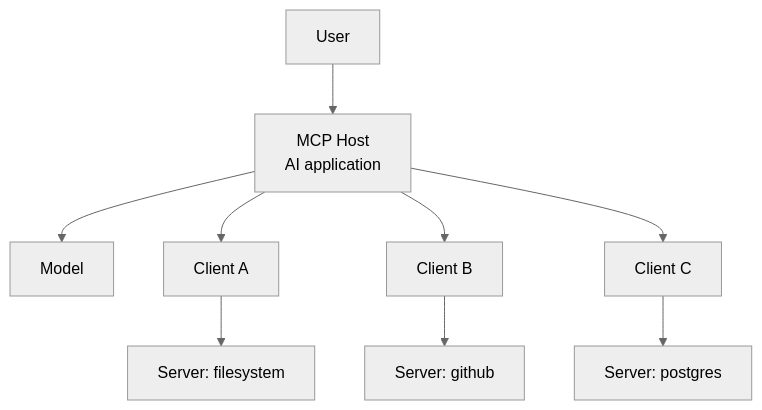
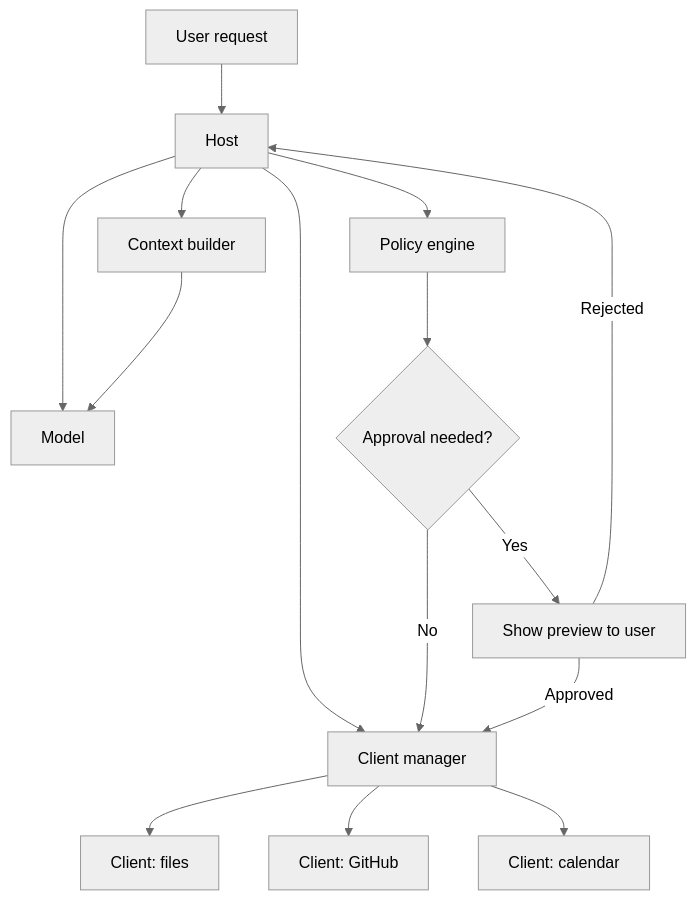
One commit to AceronX/ai-agent-roadmap changed the second of 6 diagrams in docs/stages/06-mcp/mcp-hosts-clients-servers/index.md. Above: the diagram before and after it, drawn with Mermaid (neutral theme). The commit also changed other lines of this file, not shown here.

Commit message:
feat: update mcp-hosts-client-servers

````diff
--- a/docs/stages/06-mcp/mcp-hosts-clients-servers/index.md
+++ b/docs/stages/06-mcp/mcp-hosts-clients-servers/index.md
@@ -96,11 +179,17 @@
 ```mermaid
 flowchart TD
-    U[User] --> H[MCP Host<br/>AI application]
+    U[User request] --> H[Host]
     H --> M[Model]
-    H --> C1[Client A]
-    H --> C2[Client B]
-    H --> C3[Client C]
-    C1 --> S1[Server: filesystem]
-    C2 --> S2[Server: github]
-    C3 --> S3[Server: postgres]
+    H --> P[Policy engine]
+    H --> CM[Client manager]
+    H --> CTX[Context builder]
+    CM --> C1[Client: files]
+    CM --> C2[Client: GitHub]
+    CM --> C3[Client: calendar]
+    P --> A{Approval needed?}
+    A -->|No| CM
+    A -->|Yes| UI[Show preview to user]
+    UI -->|Approved| CM
+    UI -->|Rejected| H
+    CTX --> M
 ```
````
